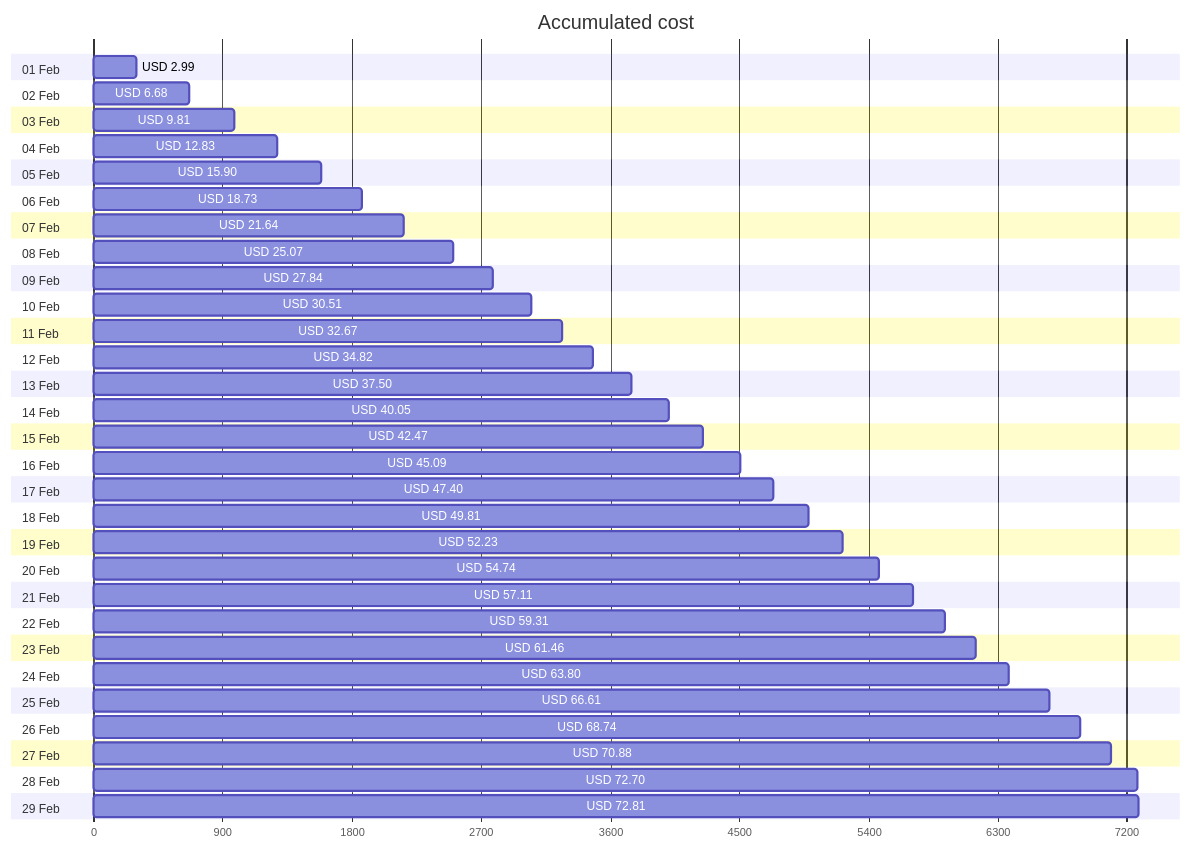
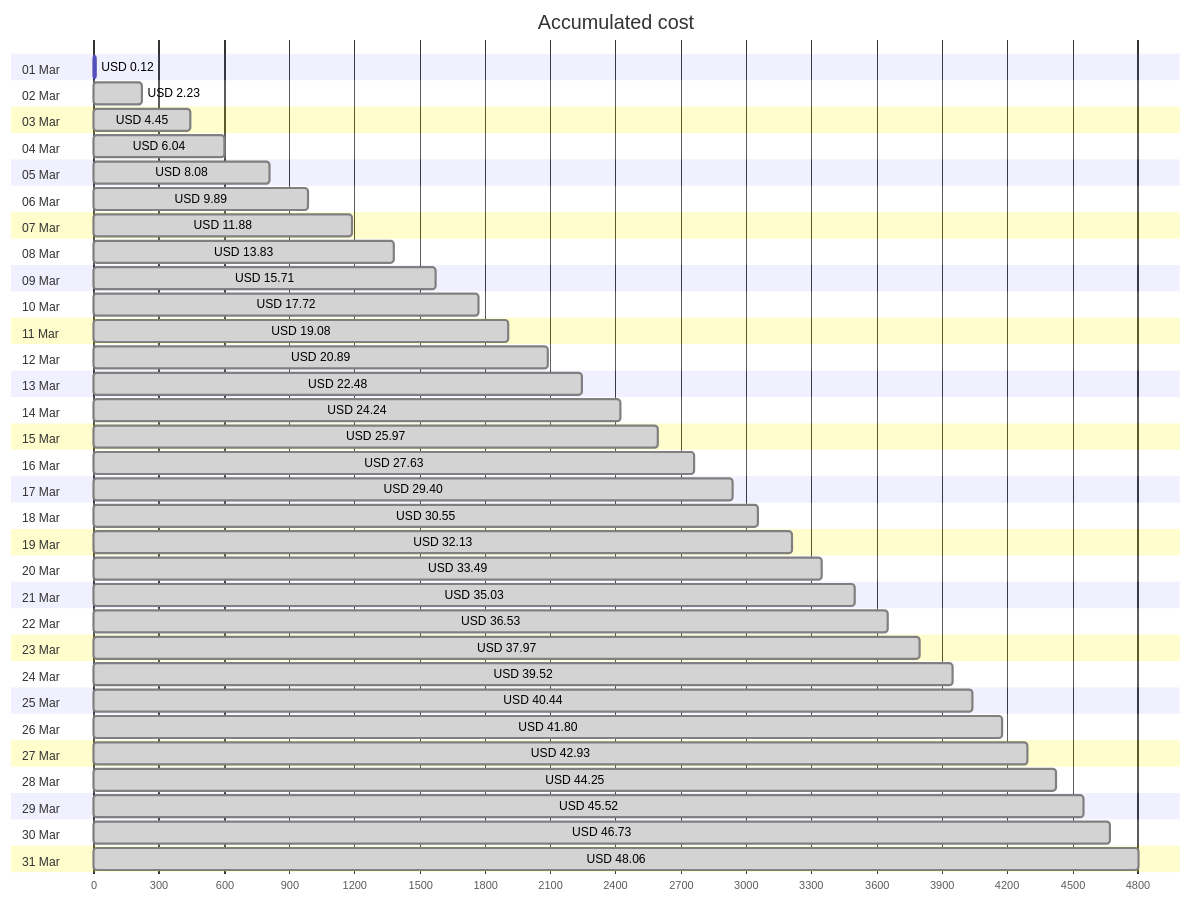
One commit to jpfulton/azure-personal-reports changed the first of 4 diagrams in cost-reports/accumulated-cost.md. Above: the diagram before and after it, drawn with Mermaid. The commit also changed other lines of this file and 4 other files, not shown here.

````diff
--- a/cost-reports/accumulated-cost.md
+++ b/cost-reports/accumulated-cost.md
@@ -20,64 +20,68 @@
 ```mermaid
 gantt
    title Accumulated cost
    dateFormat  X
    axisFormat %s
-   section 01 Feb
-   USD 2.99 :0, 299
-   section 02 Feb
-   USD 6.68 :0, 668
-   section 03 Feb
-   USD 9.81 :0, 981
-   section 04 Feb
-   USD 12.83 :0, 1283
-   section 05 Feb
-   USD 15.90 :0, 1590
-   section 06 Feb
-   USD 18.73 :0, 1873
-   section 07 Feb
-   USD 21.64 :0, 2164
-   section 08 Feb
-   USD 25.07 :0, 2507
-   section 09 Feb
-   USD 27.84 :0, 2784
-   section 10 Feb
-   USD 30.51 :0, 3051
-   section 11 Feb
-   USD 32.67 :0, 3267
-   section 12 Feb
-   USD 34.82 :0, 3482
-   section 13 Feb
-   USD 37.50 :0, 3750
-   section 14 Feb
-   USD 40.05 :0, 4005
-   section 15 Feb
-   USD 42.47 :0, 4247
-   section 16 Feb
-   USD 45.09 :0, 4509
-   section 17 Feb
-   USD 47.40 :0, 4740
-   section 18 Feb
-   USD 49.81 :0, 4981
-   section 19 Feb
-   USD 52.23 :0, 5223
-   section 20 Feb
-   USD 54.74 :0, 5474
-   section 21 Feb
-   USD 57.11 :0, 5711
-   section 22 Feb
-   USD 59.31 :0, 5931
-   section 23 Feb
-   USD 61.46 :0, 6146
-   section 24 Feb
-   USD 63.80 :0, 6380
-   section 25 Feb
-   USD 66.61 :0, 6661
-   section 26 Feb
-   USD 68.74 :0, 6874
-   section 27 Feb
-   USD 70.88 :0, 7088
-   section 28 Feb
-   USD 72.70 :0, 7270
-   section 29 Feb
-   USD 72.81 :0, 7281
+   section 01 Mar
+   USD 0.12 :0, 12
+   section 02 Mar
+   USD 2.23 : done, 0, 223
+   section 03 Mar
+   USD 4.45 : done, 0, 445
+   section 04 Mar
+   USD 6.04 : done, 0, 604
+   section 05 Mar
+   USD 8.08 : done, 0, 808
+   section 06 Mar
+   USD 9.89 : done, 0, 989
+   section 07 Mar
+   USD 11.88 : done, 0, 1188
+   section 08 Mar
+   USD 13.83 : done, 0, 1383
+   section 09 Mar
+   USD 15.71 : done, 0, 1571
+   section 10 Mar
+   USD 17.72 : done, 0, 1772
+   section 11 Mar
+   USD 19.08 : done, 0, 1908
+   section 12 Mar
+   USD 20.89 : done, 0, 2089
+   section 13 Mar
+   USD 22.48 : done, 0, 2248
+   section 14 Mar
+   USD 24.24 : done, 0, 2424
+   section 15 Mar
+   USD 25.97 : done, 0, 2597
+   section 16 Mar
+   USD 27.63 : done, 0, 2763
+   section 17 Mar
+   USD 29.40 : done, 0, 2940
+   section 18 Mar
+   USD 30.55 : done, 0, 3055
+   section 19 Mar
+   USD 32.13 : done, 0, 3213
+   section 20 Mar
+   USD 33.49 : done, 0, 3349
+   section 21 Mar
+   USD 35.03 : done, 0, 3503
+   section 22 Mar
+   USD 36.53 : done, 0, 3653
+   section 23 Mar
+   USD 37.97 : done, 0, 3797
+   section 24 Mar
+   USD 39.52 : done, 0, 3952
+   section 25 Mar
+   USD 40.44 : done, 0, 4044
+   section 26 Mar
+   USD 41.80 : done, 0, 4180
+   section 27 Mar
+   USD 42.93 : done, 0, 4293
+   section 28 Mar
+   USD 44.25 : done, 0, 4425
+   section 29 Mar
+   USD 45.52 : done, 0, 4552
+   section 30 Mar
+   USD 46.73 : done, 0, 4673
+   section 31 Mar
+   USD 48.06 : done, 0, 4806
 ```
````
